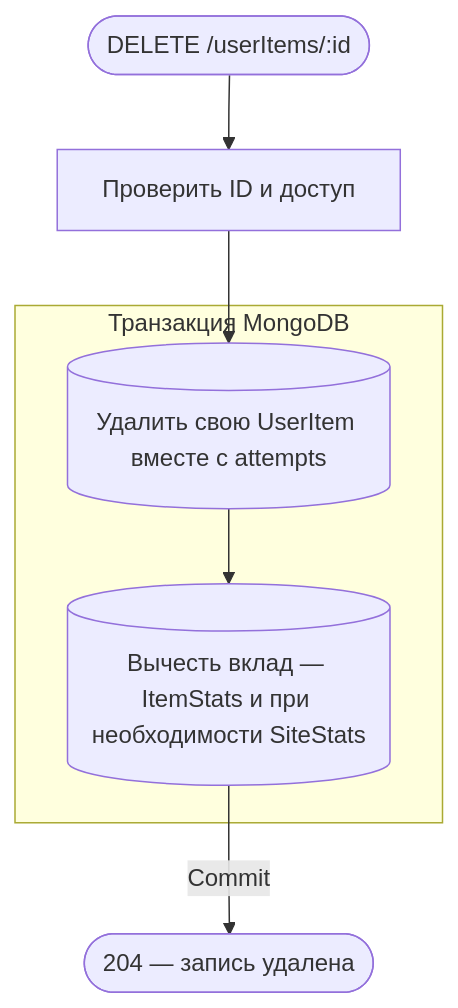
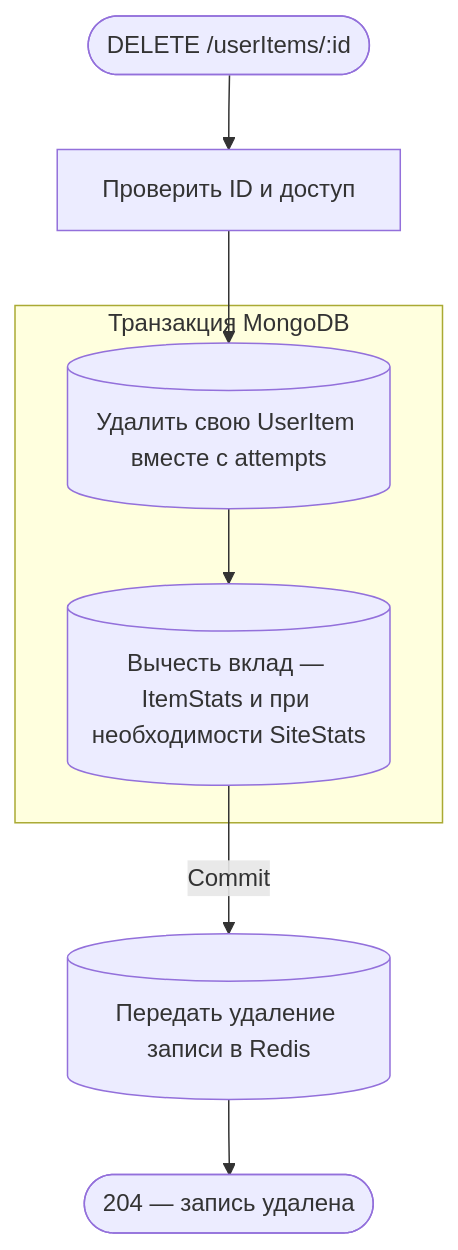
The seventh of 9 diagrams in apps/api/public/docs/api/requestFlows/userItems.md (AmyGrooove/f95-tinder), drawn with Mermaid before and after one commit. The commit also changed other lines of this file and 130 other files, not shown here.

````diff
--- a/apps/api/public/docs/api/requestFlows/userItems.md
+++ b/apps/api/public/docs/api/requestFlows/userItems.md
@@ -168,12 +170,13 @@
 ```mermaid
 flowchart TD
     accTitle: Удаление записи библиотеки
     accDescr: В транзакции удалить собственную UserItem и вычесть её статистику и ответить
     A(["DELETE /userItems/:id"]):::http --> B["Проверить ID и доступ"]:::action
     subgraph TX["Транзакция MongoDB"]
         C[("Удалить свою UserItem вместе с attempts")]:::data
         C --> D[("Вычесть вклад — ItemStats и при необходимости SiteStats")]:::data
     end
     B --> C
-    D -->|Commit| R(["204 — запись удалена"]):::http
+    D -->|Commit| H[("Передать удаление записи в Redis")]:::data
+    H --> R(["204 — запись удалена"]):::http
 ```
````
